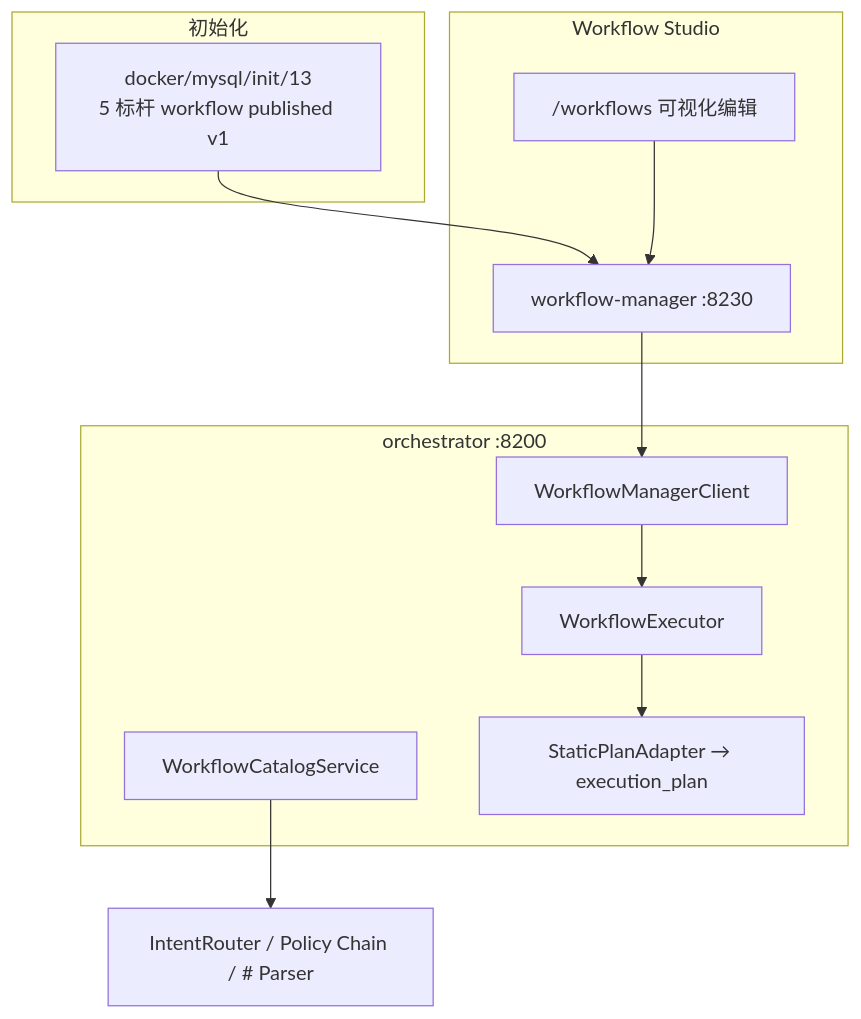
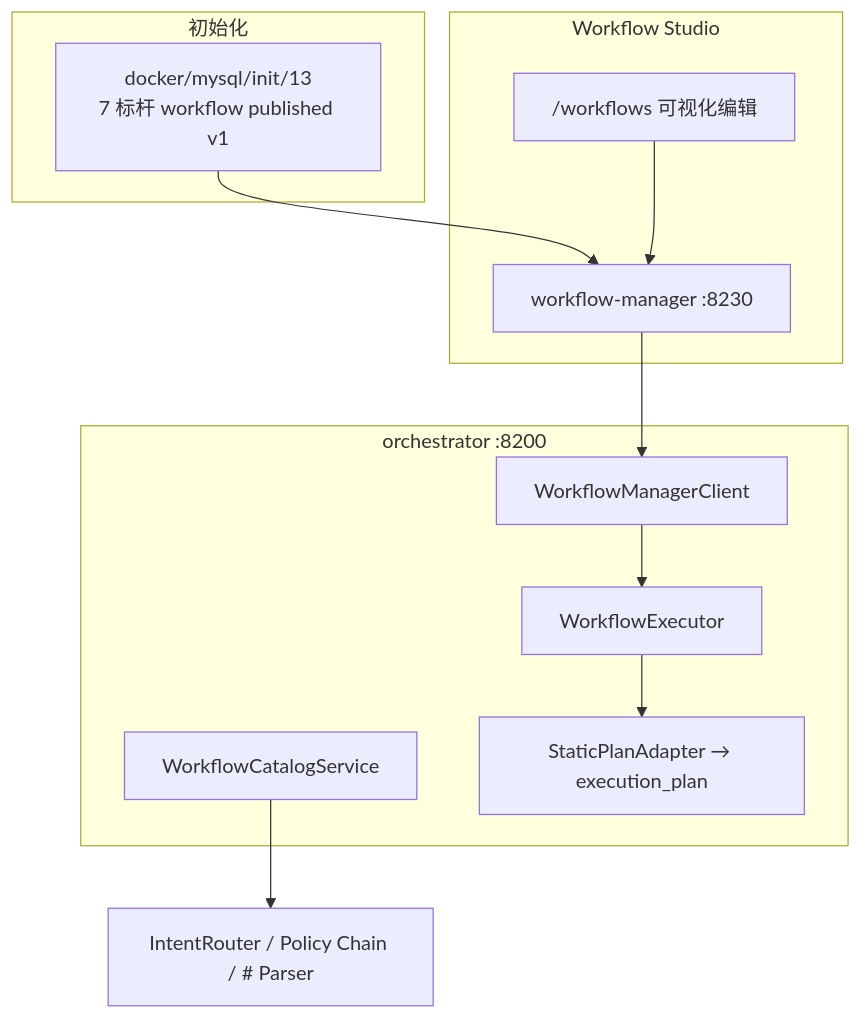
The diagram in docs/superpowers/specs/2026-06-25-workflow-studio-design.md (searchforsun/my-sunshine-agent), drawn with Mermaid before and after one commit. The commit also changed other lines of this file and 11 other files, not shown here.

````diff
--- a/docs/superpowers/specs/2026-06-25-workflow-studio-design.md
+++ b/docs/superpowers/specs/2026-06-25-workflow-studio-design.md
@@ -37,22 +39,22 @@
 ```mermaid
 flowchart TB
     subgraph init [初始化]
-        SEED["docker/mysql/init/13<br/>5 标杆 workflow published v1"]
+        SEED["docker/mysql/init/13<br/>7 标杆 workflow published v1"]
     end
     subgraph admin [Workflow Studio]
         UI["/workflows 可视化编辑"]
         WM[workflow-manager :8230]
     end
     subgraph orch [orchestrator :8200]
         WMC[WorkflowManagerClient]
         WC[WorkflowCatalogService]
         WE[WorkflowExecutor]
         SPA[StaticPlanAdapter → execution_plan]
     end
     SEED --> WM
     UI --> WM
     WM --> WMC
     WMC --> WE
     WC --> IR[IntentRouter / Policy Chain / # Parser]
     WE --> SPA
 ```
````
